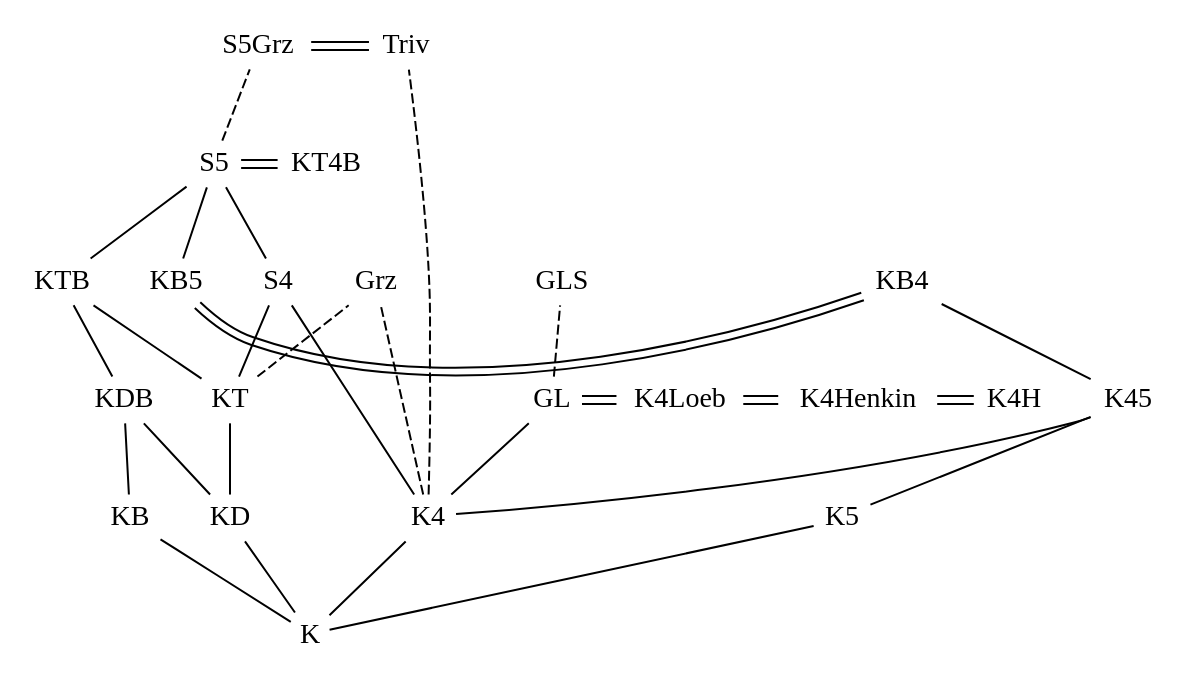
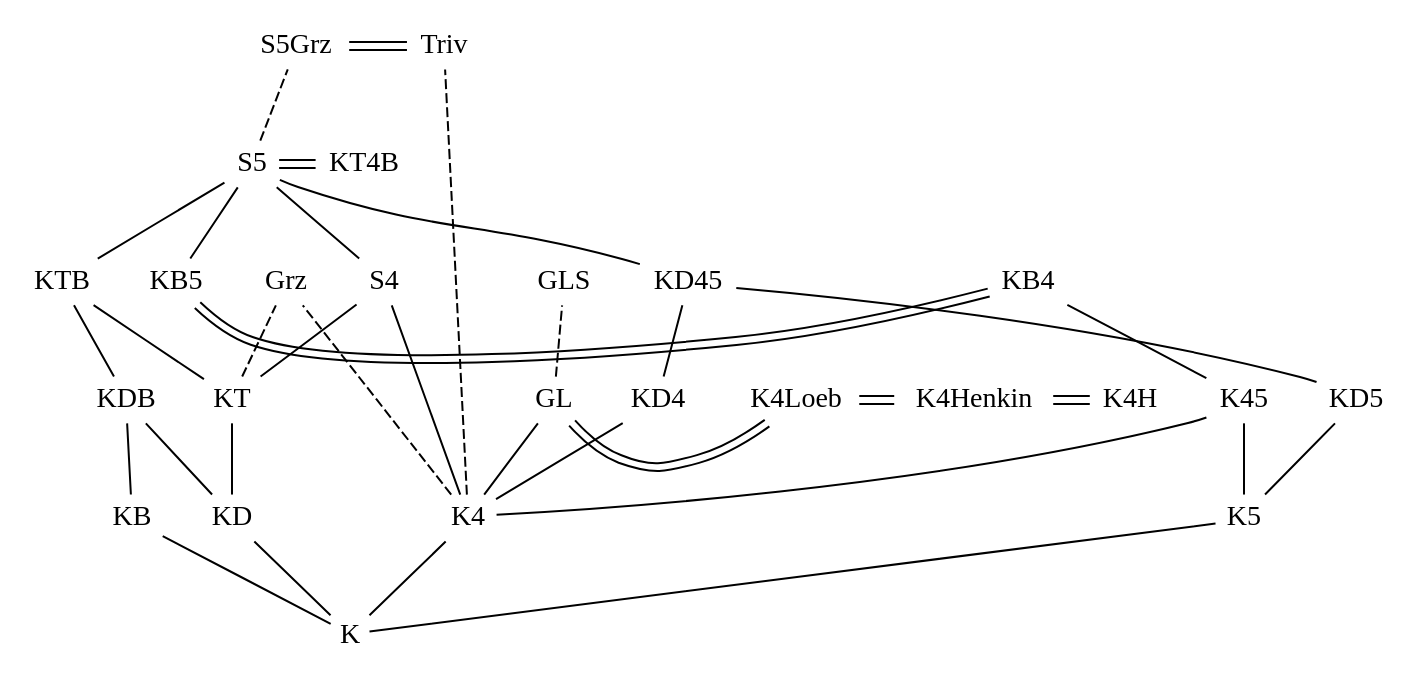
The diagram in kite.dot (FormalizedFormalLogic/LogicsKite), drawn with Graphviz before and after one commit.

```diff
--- a/kite.dot
+++ b/kite.dot
@@ -1,80 +1,88 @@
 digraph {
   graph[
     rankdir = BT; 
   ]
 
   node [
     shape=plaintext
     margin=0.05
     width=0
     height=0
   ];
 
   edge [
     style = solid
     arrowhead = none
   ];
 
   GL;
   GLS;
   Grz;
   K;
   K4;
   K45;
   K4H;
   K4Henkin;
   K4Loeb;
   K5;
   KB;
   KB4;
   KB5;
   KD;
+  KD4;
+  KD45;
+  KD5;
   KDB;
   KT;
   KT4B;
   KTB;
   S4;
   S5;
   S5Grz;
   Triv;
    
   {rank = same; GL; K4Loeb; K4Henkin; K4H;}
   GL -> K4Loeb [color = "black:invis:black"];
   K4Loeb -> K4Henkin [color = "black:invis:black"];
   K4Henkin -> K4H [color = "black:invis:black"];
 
   {rank = same; K4; KB; K5; K4}
 
   {rank = same; S5; KT4B;}
   S5 -> KT4B [color = "black:invis:black"];
 
   {rank = same; S5Grz; Triv;}
   S5Grz -> Triv [color = "black:invis:black"];
 
   {rank = same; KB4; KB5;}
   KB4 -> KB5 [color = "black:invis:black"];
 
   GL -> GLS [style = dashed];
   K -> K4
   K -> K5
   K -> KB
   K -> KD
   K4 -> GL 
   K4 -> Grz [style = dashed];
   K4 -> K45
+  K4 -> KD4
   K4 -> S4
   K4 -> Triv [style = dashed];
+  K45 -> KB4
   K5 -> K45
-  K45 -> KB4
+  K5 -> KD5
+  KB -> KDB
   KB5 -> S5
-  KTB -> S5
+  KD -> KDB
   KD -> KT
+  KD4 -> KD45
+  KD45 -> S5
+  KD5 -> KD45
   KDB -> KTB 
   KT -> Grz [style = dashed];
   KT -> KTB
   KT -> S4;
+  KTB -> S5
   S4 -> S5
   S5 -> S5Grz [style = dashed] 
-  KD -> KDB
-  KB -> KDB
 } 
```
